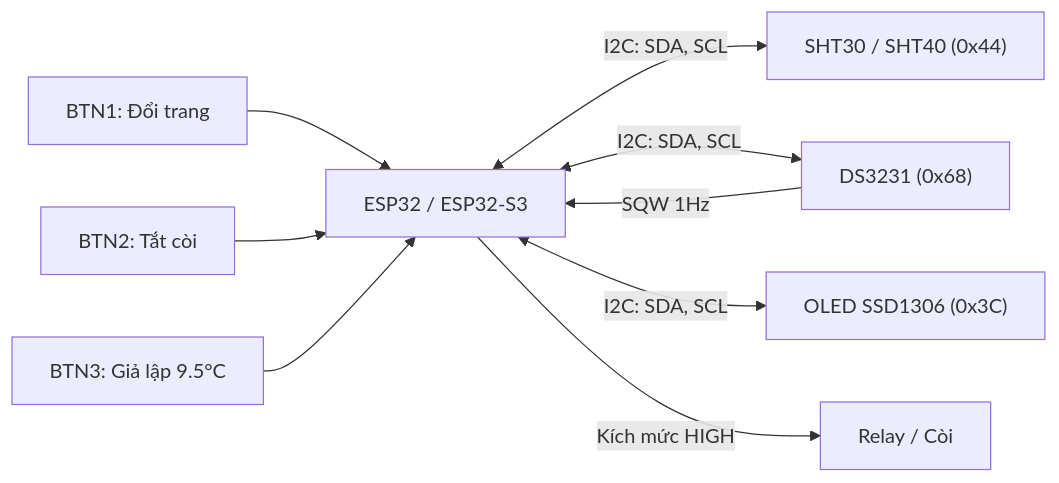
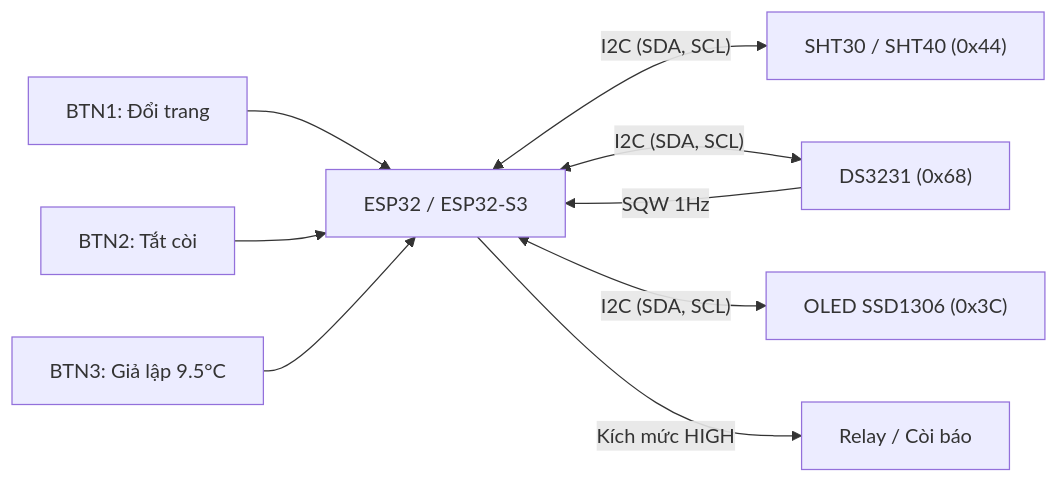
One commit to UFOsonzz/IOT-2026.1 changed the diagram in docs/01_technical_dossier/04_hardware_wiring.md. Above: the diagram before and after it, drawn with Mermaid. The commit also changed other lines of this file and 17 other files, not shown here.

````diff
--- a/docs/01_technical_dossier/04_hardware_wiring.md
+++ b/docs/01_technical_dossier/04_hardware_wiring.md
@@ -46,20 +46,20 @@
 ```mermaid
 flowchart LR
     MCU["ESP32 / ESP32-S3"]
     SENSOR["SHT30 / SHT40 (0x44)"]
     RTC["DS3231 (0x68)"]
     OLED["OLED SSD1306 (0x3C)"]
     B1["BTN1: Đổi trang"]
     B2["BTN2: Tắt còi"]
     B3["BTN3: Giả lập 9.5°C"]
-    ALARM["Relay / Còi"]
+    ALARM["Relay / Còi báo"]
 
-    MCU <-->|"I2C: SDA, SCL"| SENSOR
-    MCU <-->|"I2C: SDA, SCL"| RTC
-    MCU <-->|"I2C: SDA, SCL"| OLED
+    MCU <-->|"I2C (SDA, SCL)"| SENSOR
+    MCU <-->|"I2C (SDA, SCL)"| RTC
+    MCU <-->|"I2C (SDA, SCL)"| OLED
     RTC -->|"SQW 1Hz"| MCU
     B1 --> MCU
     B2 --> MCU
     B3 --> MCU
     MCU -->|"Kích mức HIGH"| ALARM
 ```
````
